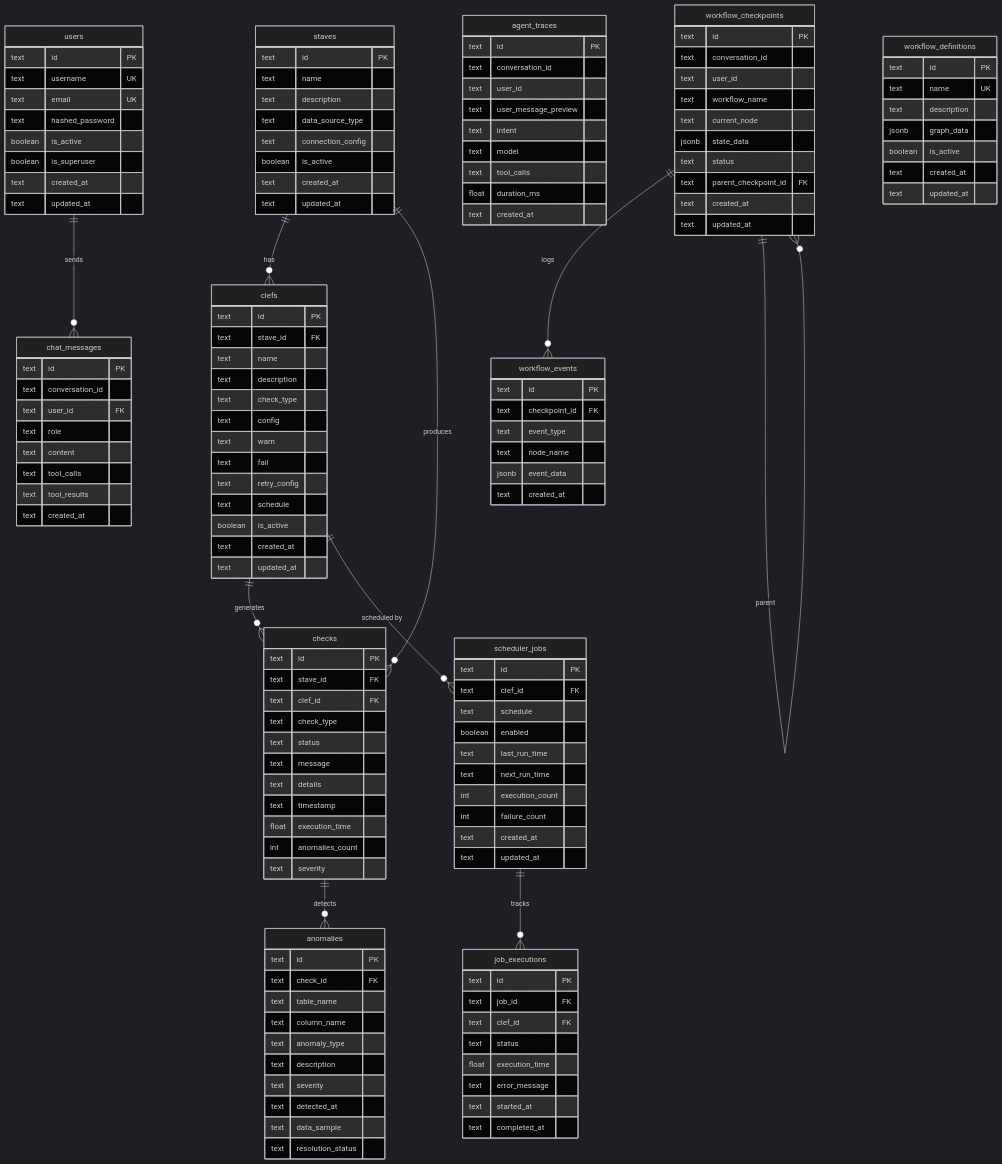
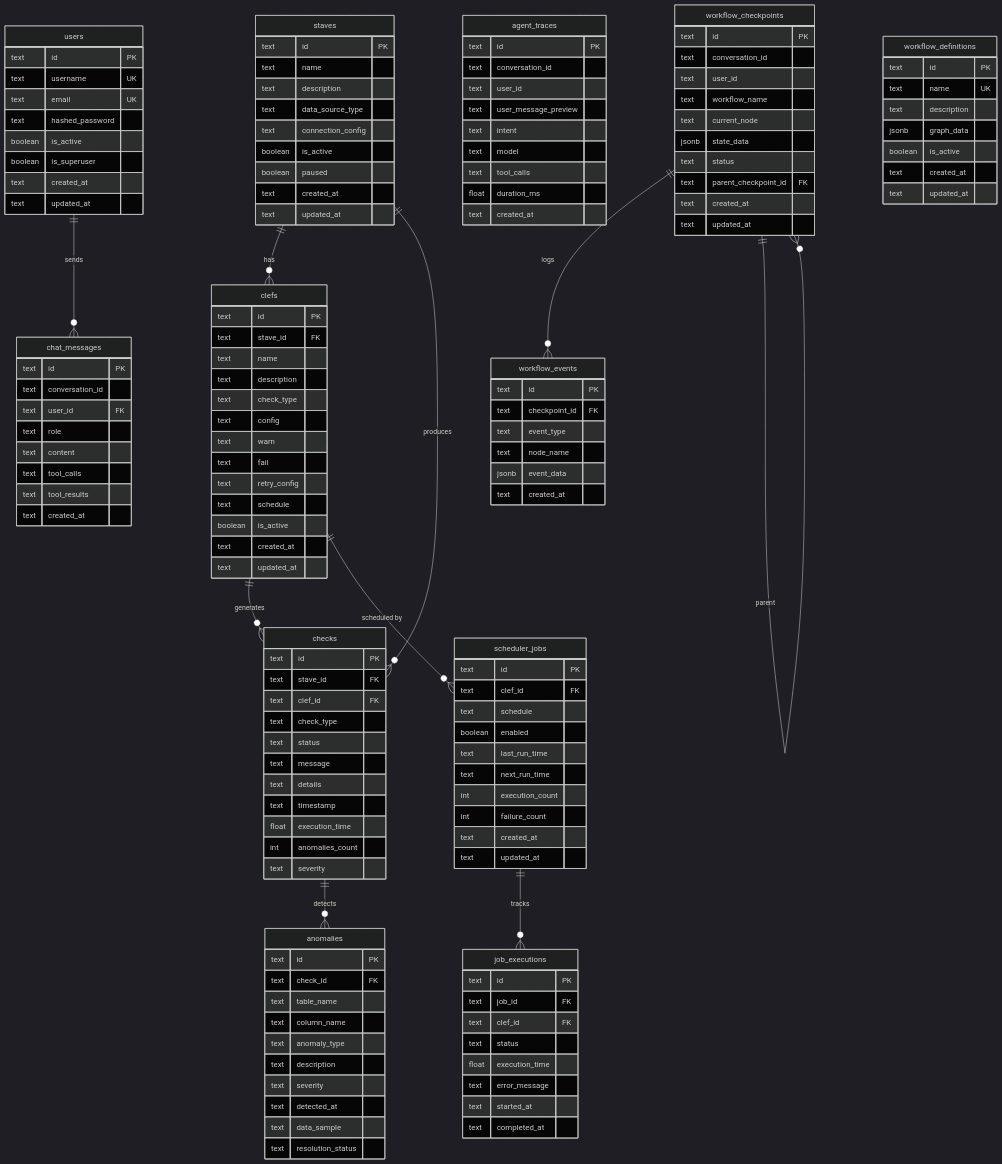
The fourth of 9 diagrams in docs/architecture.md (TheDataMaestros/datametronome), drawn with Mermaid (dark theme) before and after one commit. The commit also changed other lines of this file, not shown here.

Commit message:
docs: update architecture.md with worker architecture, remove APScheduler references

```diff
--- a/docs/architecture.md
+++ b/docs/architecture.md
@@ -250,6 +275,7 @@
         text data_source_type
         text connection_config
         boolean is_active
+        boolean paused
         text created_at
         text updated_at
     }
```
